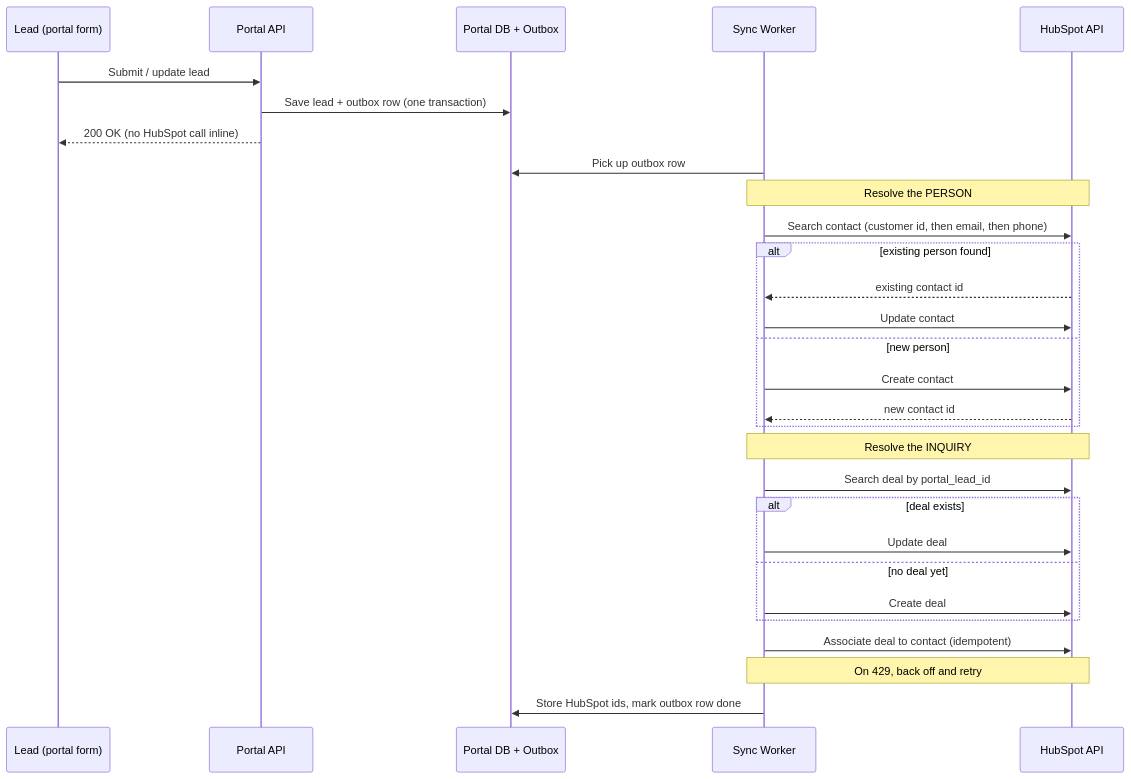
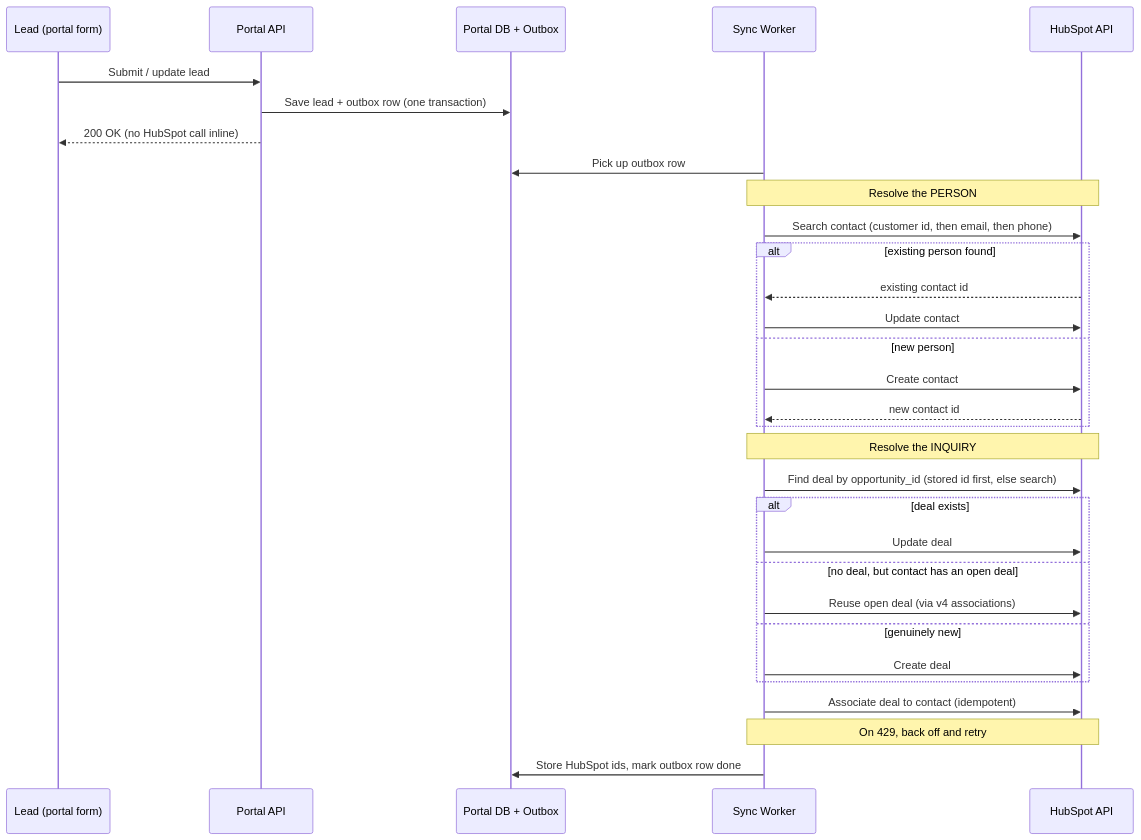
One commit to mubin-chachia-prypco/HubspotCRMSync changed the fourth of 7 diagrams in docs/hubspot-concepts-and-architecture.md. Above: the diagram before and after it, drawn with Mermaid. The commit also changed other lines of this file and 6 other files, not shown here.

````diff
--- a/docs/hubspot-concepts-and-architecture.md
+++ b/docs/hubspot-concepts-and-architecture.md
@@ -93,36 +93,38 @@
 ```mermaid
 sequenceDiagram
     participant U as Lead (portal form)
     participant API as Portal API
     participant DB as Portal DB + Outbox
     participant W as Sync Worker
     participant HS as HubSpot API
 
     U->>API: Submit / update lead
     API->>DB: Save lead + outbox row (one transaction)
     API-->>U: 200 OK (no HubSpot call inline)
 
     W->>DB: Pick up outbox row
 
     Note over W,HS: Resolve the PERSON
     W->>HS: Search contact (customer id, then email, then phone)
     alt existing person found
         HS-->>W: existing contact id
         W->>HS: Update contact
     else new person
         W->>HS: Create contact
         HS-->>W: new contact id
     end
 
     Note over W,HS: Resolve the INQUIRY
-    W->>HS: Search deal by portal_lead_id
+    W->>HS: Find deal by opportunity_id (stored id first, else search)
     alt deal exists
         W->>HS: Update deal
-    else no deal yet
+    else no deal, but contact has an open deal
+        W->>HS: Reuse open deal (via v4 associations)
+    else genuinely new
         W->>HS: Create deal
     end
 
     W->>HS: Associate deal to contact (idempotent)
     Note over W,HS: On 429, back off and retry
     W->>DB: Store HubSpot ids, mark outbox row done
 ```
````
